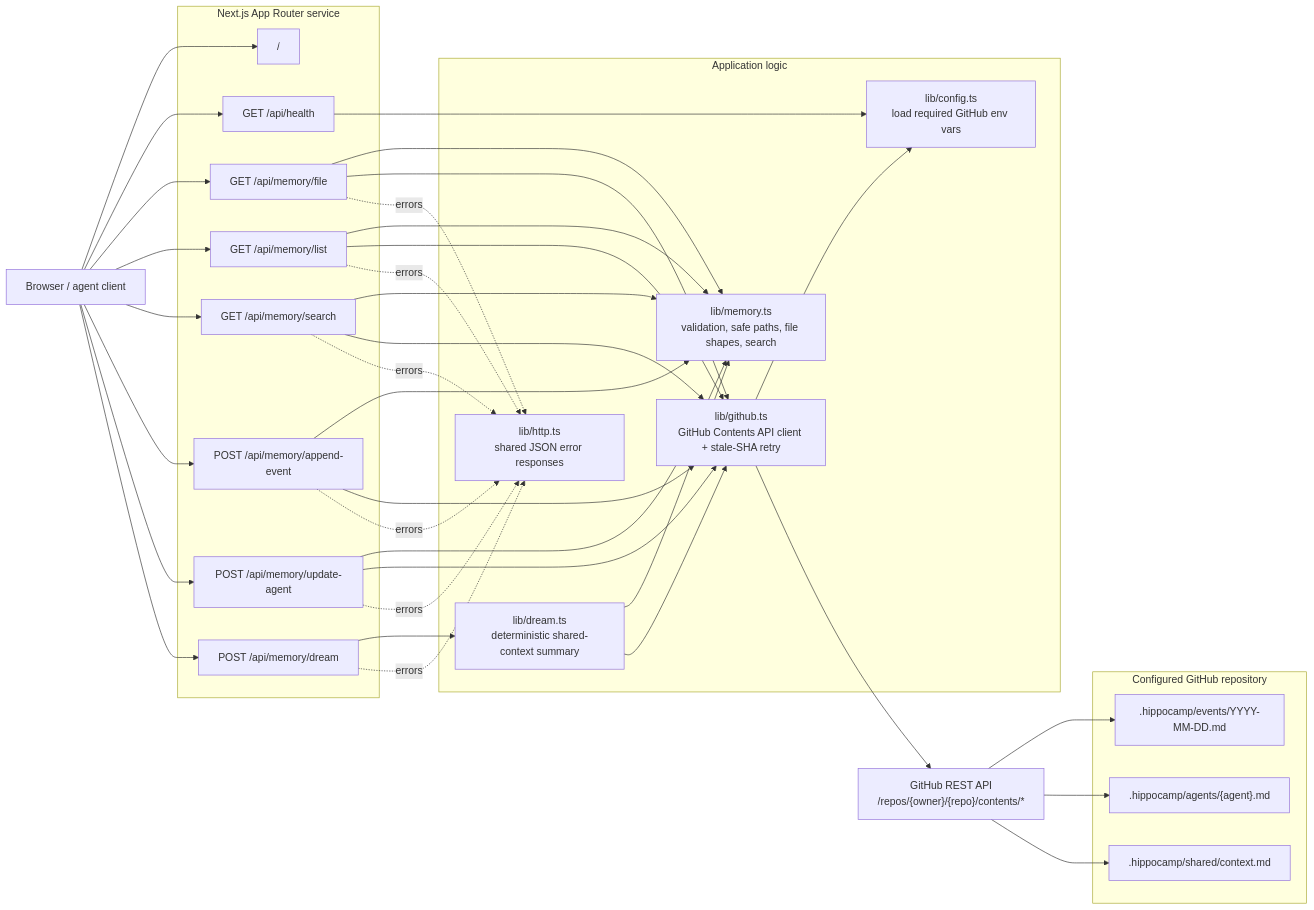
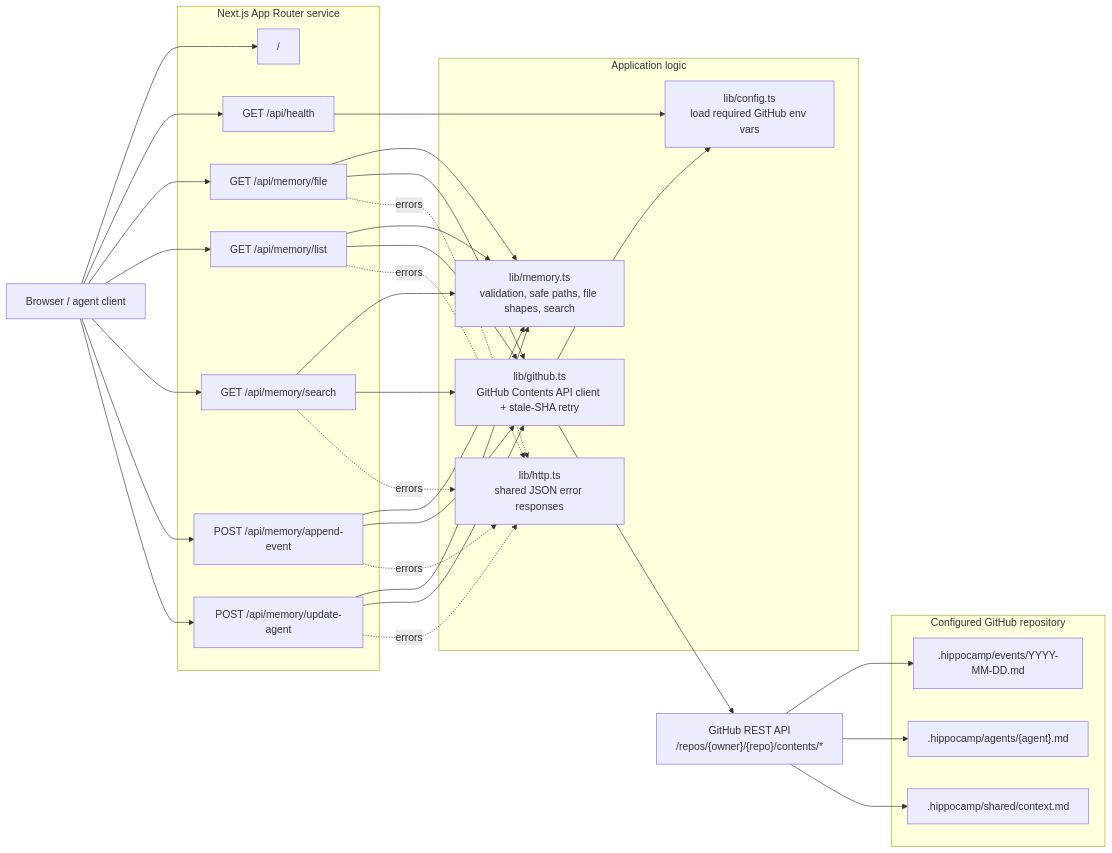
One commit to guillaumegay13/hippocamp changed the first of 2 diagrams in ARCHITECTURE.md. Above: the diagram before and after it, drawn with Mermaid. The commit also changed other lines of this file and 7 other files, not shown here.

Commit message:
Remove deterministic dream mode

````diff
--- a/ARCHITECTURE.md
+++ b/ARCHITECTURE.md
@@ -7,70 +7,63 @@
 ```mermaid
 flowchart LR
   client["Browser / agent client"]
 
   subgraph next["Next.js App Router service"]
     page["/"]
     health["GET /api/health"]
     file["GET /api/memory/file"]
     list["GET /api/memory/list"]
     search["GET /api/memory/search"]
     append["POST /api/memory/append-event"]
     update["POST /api/memory/update-agent"]
-    dreamRoute["POST /api/memory/dream"]
   end
 
   subgraph domain["Application logic"]
     config["lib/config.ts<br/>load required GitHub env vars"]
     http["lib/http.ts<br/>shared JSON error responses"]
     memory["lib/memory.ts<br/>validation, safe paths, file shapes, search"]
-    dream["lib/dream.ts<br/>deterministic shared-context summary"]
     github["lib/github.ts<br/>GitHub Contents API client + stale-SHA retry"]
   end
 
   gh["GitHub REST API<br/>/repos/{owner}/{repo}/contents/*"]
 
   subgraph repo["Configured GitHub repository"]
     events[".hippocamp/events/YYYY-MM-DD.md"]
     agents[".hippocamp/agents/{agent}.md"]
     shared[".hippocamp/shared/context.md"]
   end
 
   client --> page
   client --> health
   client --> file
   client --> list
   client --> search
   client --> append
   client --> update
-  client --> dreamRoute
 
   health --> config
 
   file --> memory
   list --> memory
   search --> memory
   append --> memory
   update --> memory
-  dreamRoute --> dream
-  dream --> memory
 
   file --> github
   list --> github
   search --> github
   append --> github
   update --> github
-  dream --> github
 
   github --> config
   github --> gh
   gh --> events
   gh --> agents
   gh --> shared
 
   file -. errors .-> http
   list -. errors .-> http
   search -. errors .-> http
   append -. errors .-> http
   update -. errors .-> http
-  dreamRoute -. errors .-> http
 ```
````
